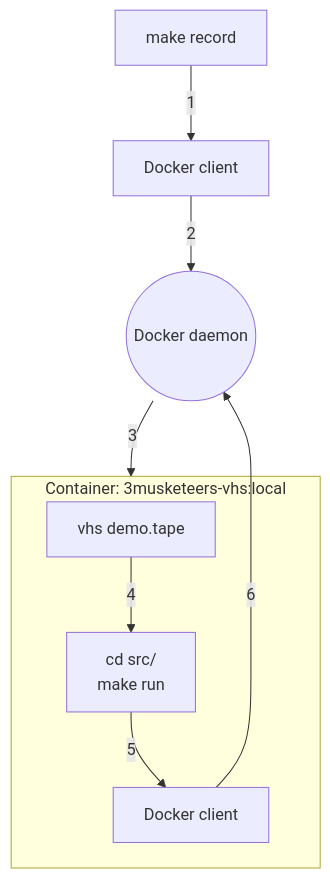
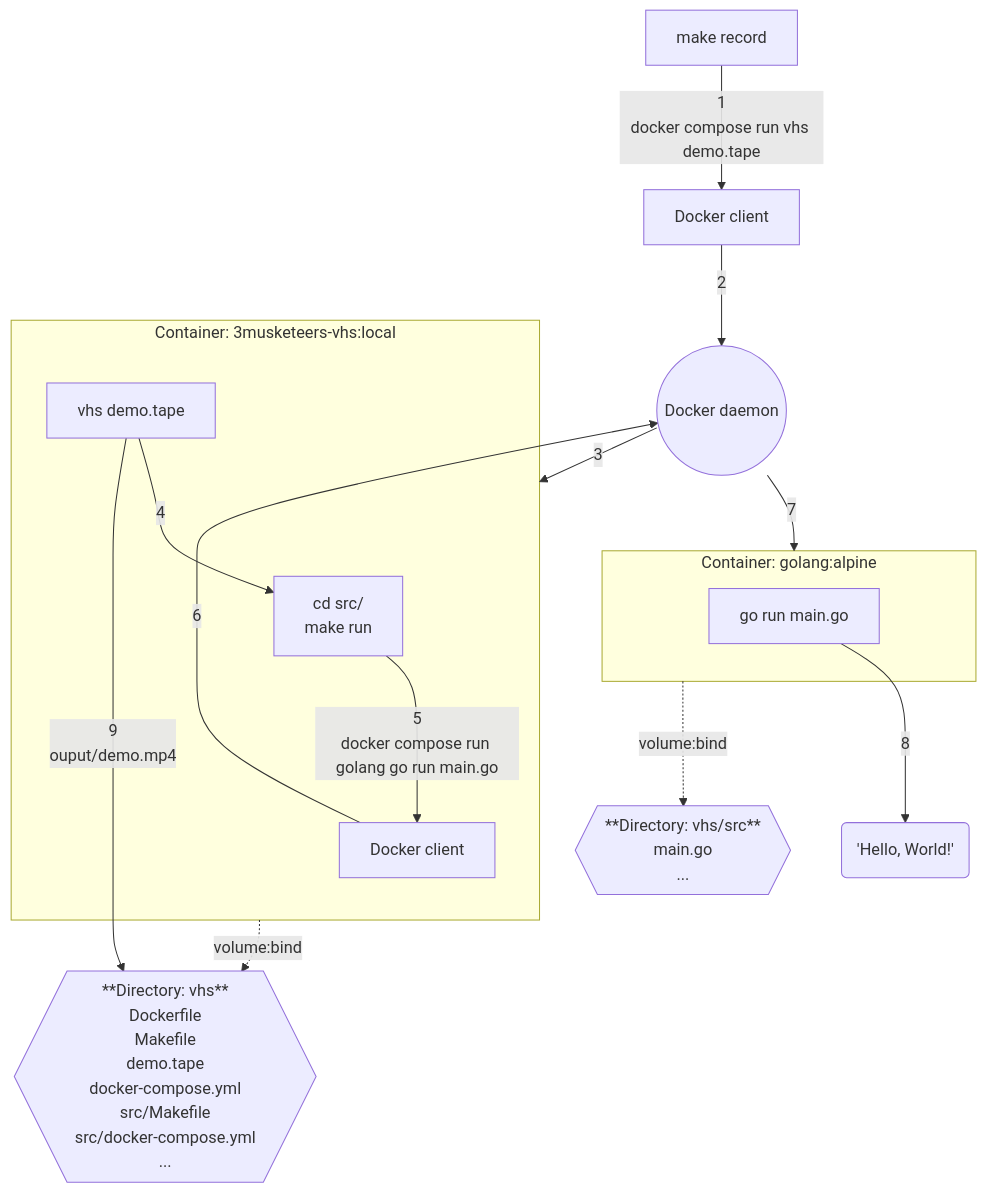
Before and after one commit to flemay/3musketeers: the diagram in vhs/README.md, drawn with Mermaid.

````diff
--- a/vhs/README.md
+++ b/vhs/README.md
@@ -24,12 +24,31 @@
 ```mermaid
 graph TB
-    make-record[make record]-->|1|host-docker-client[Docker client]
+    make-record[make record]-->|1\ndocker compose run vhs demo.tape|host-docker-client[Docker client]
     host-docker-client-->|2|docker-daemon((Docker daemon))
     subgraph vhs-local-container [Container: 3musketeers-vhs:local]
     vhs[vhs demo.tape]-->|4|make-run["cd src/
     make run"]
-    make-run-->|5|docker-client[Docker client]
+    make-run-->|5\ndocker compose run golang go run main.go|docker-client[Docker client]
     end
     docker-daemon-->|3|vhs-local-container
     docker-client-->|6|docker-daemon
+    dir-vhs{{"**Directory: vhs**
+    Dockerfile
+    Makefile
+    demo.tape
+    docker-compose.yml
+    src/Makefile
+    src/docker-compose.yml
+    ..."}}
+    vhs-local-container-..->|volume:bind|dir-vhs
+    docker-daemon-->|7|golang-alpine-container
+    subgraph golang-alpine-container [Container: golang:alpine]
+        go-run[go run main.go]
+    end
+    dir-vhs-src{{"**Directory: vhs/src**
+    main.go
+    ..."}}
+    golang-alpine-container-.->|volume:bind|dir-vhs-src
+    go-run-->|8|hello-world('Hello, World!')
+    vhs-->|9\nouput/demo.mp4|dir-vhs
 ```
````
